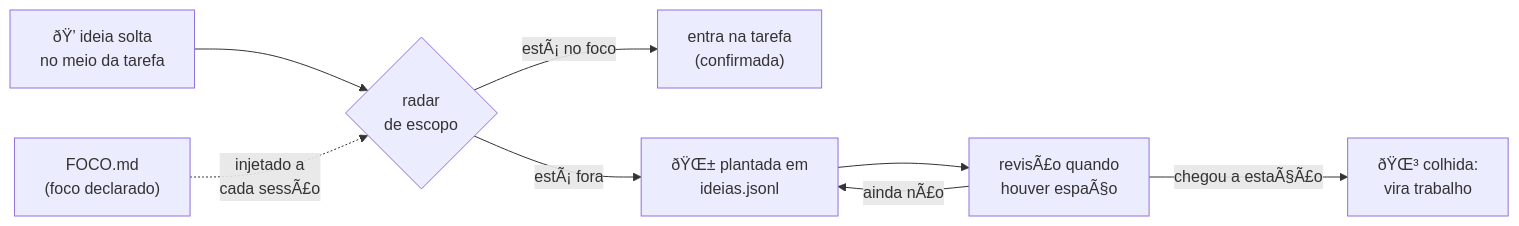
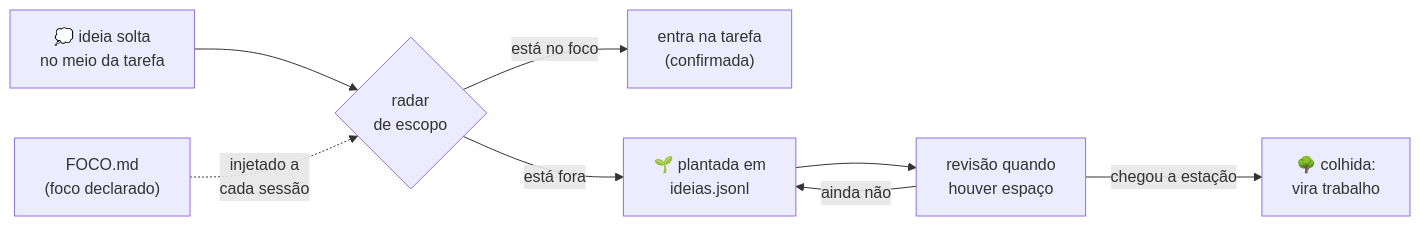
The second of 2 diagrams in README.md (luisfmontes/rainforest-mind), drawn with Mermaid before and after one commit. The commit also changed other lines of this file, not shown here.

````diff
--- a/README.md
+++ b/README.md
@@ -368,10 +368,10 @@
 ```mermaid
 flowchart LR
-    A["ðŸ’­ ideia solta<br/>no meio da tarefa"] --> B{"radar<br/>de escopo"}
-    B -->|"estÃ¡ no foco"| C["entra na tarefa<br/>(confirmada)"]
-    B -->|"estÃ¡ fora"| D["ðŸŒ± plantada em<br/>ideias.jsonl"]
-    D --> E["revisÃ£o quando<br/>houver espaÃ§o"]
-    E -->|"chegou a estaÃ§Ã£o"| F["ðŸŒ³ colhida:<br/>vira trabalho"]
-    E -->|"ainda nÃ£o"| D
-    G["FOCO.md<br/>(foco declarado)"] -.->|"injetado a<br/>cada sessÃ£o"| B
+    A["💭 ideia solta<br/>no meio da tarefa"] --> B{"radar<br/>de escopo"}
+    B -->|"está no foco"| C["entra na tarefa<br/>(confirmada)"]
+    B -->|"está fora"| D["🌱 plantada em<br/>ideias.jsonl"]
+    D --> E["revisão quando<br/>houver espaço"]
+    E -->|"chegou a estação"| F["🌳 colhida:<br/>vira trabalho"]
+    E -->|"ainda não"| D
+    G["FOCO.md<br/>(foco declarado)"] -.->|"injetado a<br/>cada sessão"| B
 ```
````
